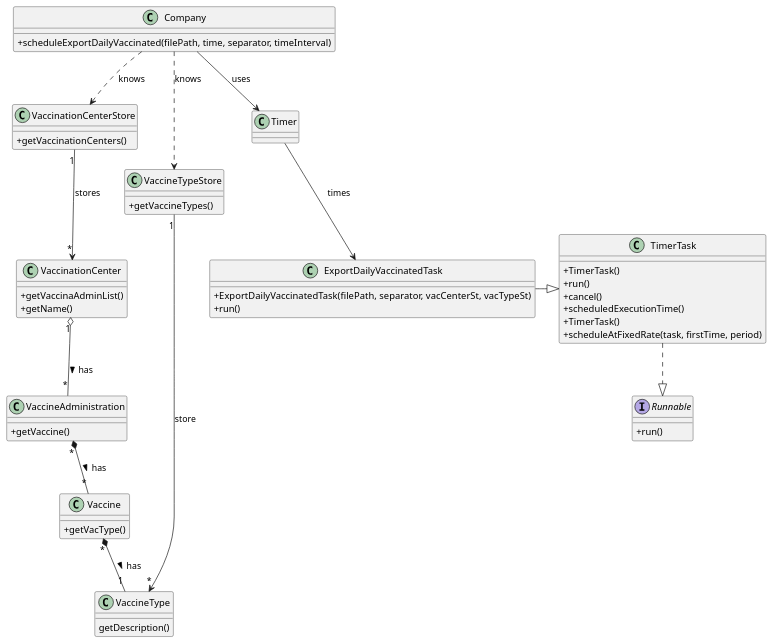
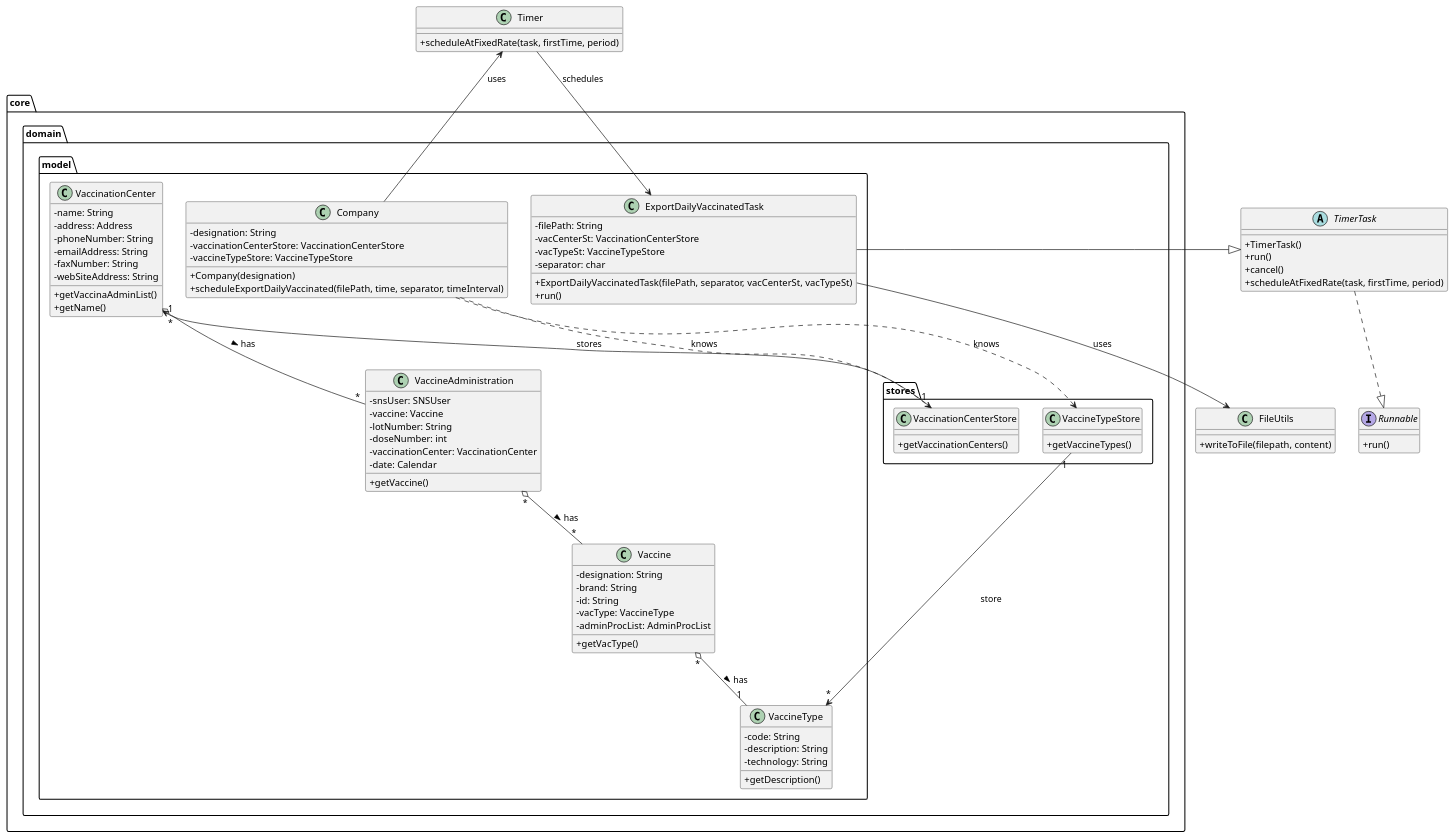
Before and after one commit to miseEnPlace-i/lapr2: the diagram in docs/SprintD/US06/CD/US06_CD.puml, drawn with PlantUML.

Commit message:
docs(US06): updated CD

```diff
--- a/docs/SprintD/US06/CD/US06_CD.puml
+++ b/docs/SprintD/US06/CD/US06_CD.puml
@@ -1,66 +1,111 @@
 @startuml
 skinparam classAttributeIconSize 0
 
-class Company{
-    +scheduleExportDailyVaccinated(filePath, time, separator, timeInterval)
+class Timer{
+    +scheduleAtFixedRate(task, firstTime, period)
 }
 
 interface Runnable{
     +run()
 }
 
 abstract TimerTask{
     +TimerTask()
     +run()
     +cancel()
-    +scheduledExecutionTime()
-}
-
-class ExportDailyVaccinatedTask {
-    +ExportDailyVaccinatedTask(filePath, separator, vacCenterSt, vacTypeSt)
-    +run()
-}
-
-class TimerTask{
-    +TimerTask()
     +scheduleAtFixedRate(task, firstTime, period)
 }
 
-class VaccinationCenterStore {
-    +getVaccinationCenters()
+    class FileUtils {
+        +writeToFile(filepath, content)
+    }
+
+package core {
+    
+
+    package domain{
+        package model{
+            class Company{
+                -designation: String
+                -vaccinationCenterStore: VaccinationCenterStore
+                -vaccineTypeStore: VaccineTypeStore
+                +Company(designation)
+                +scheduleExportDailyVaccinated(filePath, time, separator, timeInterval)
+            }
+
+
+            class ExportDailyVaccinatedTask {
+                -filePath: String
+                -vacCenterSt: VaccinationCenterStore
+                -vacTypeSt: VaccineTypeStore
+                -separator: char
+                +ExportDailyVaccinatedTask(filePath, separator, vacCenterSt, vacTypeSt)
+                +run()
+            }
+                    
+            class VaccinationCenter {
+                -name: String 
+                -address: Address
+                -phoneNumber: String
+                -emailAddress: String
+                -faxNumber: String
+                -webSiteAddress: String
+                +getVaccinaAdminList()
+                +getName()
+            }
+
+            class Vaccine {
+                -designation: String
+                -brand: String
+                -id: String
+                -vacType: VaccineType
+                -adminProcList: AdminProcList
+                +getVacType()
+            }
+
+            class VaccineAdministration {
+                -snsUser: SNSUser
+                -vaccine: Vaccine
+                -lotNumber: String
+                -doseNumber: int
+                -vaccinationCenter: VaccinationCenter
+                -date: Calendar
+                +getVaccine()
+            }
+
+            class VaccineType {
+                -code: String
+                -description: String
+                -technology: String
+                +getDescription()
+            }
+        }
+        package stores{
+            
+            class VaccinationCenterStore {
+                +getVaccinationCenters()
+            }
+
+            class VaccineTypeStore {
+                +getVaccineTypes()
+            }
+
+        }
+    }
 }
 
-class VaccineTypeStore {
-    +getVaccineTypes()
-}
-
-class VaccinationCenter {
-    +getVaccinaAdminList()
-    +getName()
-}
-
-class Vaccine {
-    +getVacType()
-}
-
-class VaccineAdministration {
-    +getVaccine()
-}
-
-class VaccineType {
-    getDescription()
-}
 
 TimerTask ..|> Runnable
 ExportDailyVaccinatedTask -|> TimerTask
+ExportDailyVaccinatedTask --> FileUtils : uses
 Company ..> VaccinationCenterStore : knows
 Company ..> VaccineTypeStore : knows
-Vaccine "*" *-- "1" VaccineType : has > 
-VaccineAdministration "*" *-- "*" Vaccine : has >
+Vaccine "*" o-- "1" VaccineType : has > 
+VaccineAdministration "*" o-- "*" Vaccine : has >
 VaccinationCenter "1" o-- "*" VaccineAdministration : has >
 VaccineTypeStore "1" --> "*" VaccineType : store
 VaccinationCenterStore "1" --> "*" VaccinationCenter : stores
 Company --> Timer : uses
-Timer --> ExportDailyVaccinatedTask : times
+Timer --> ExportDailyVaccinatedTask : schedules
 
 @enduml
```
